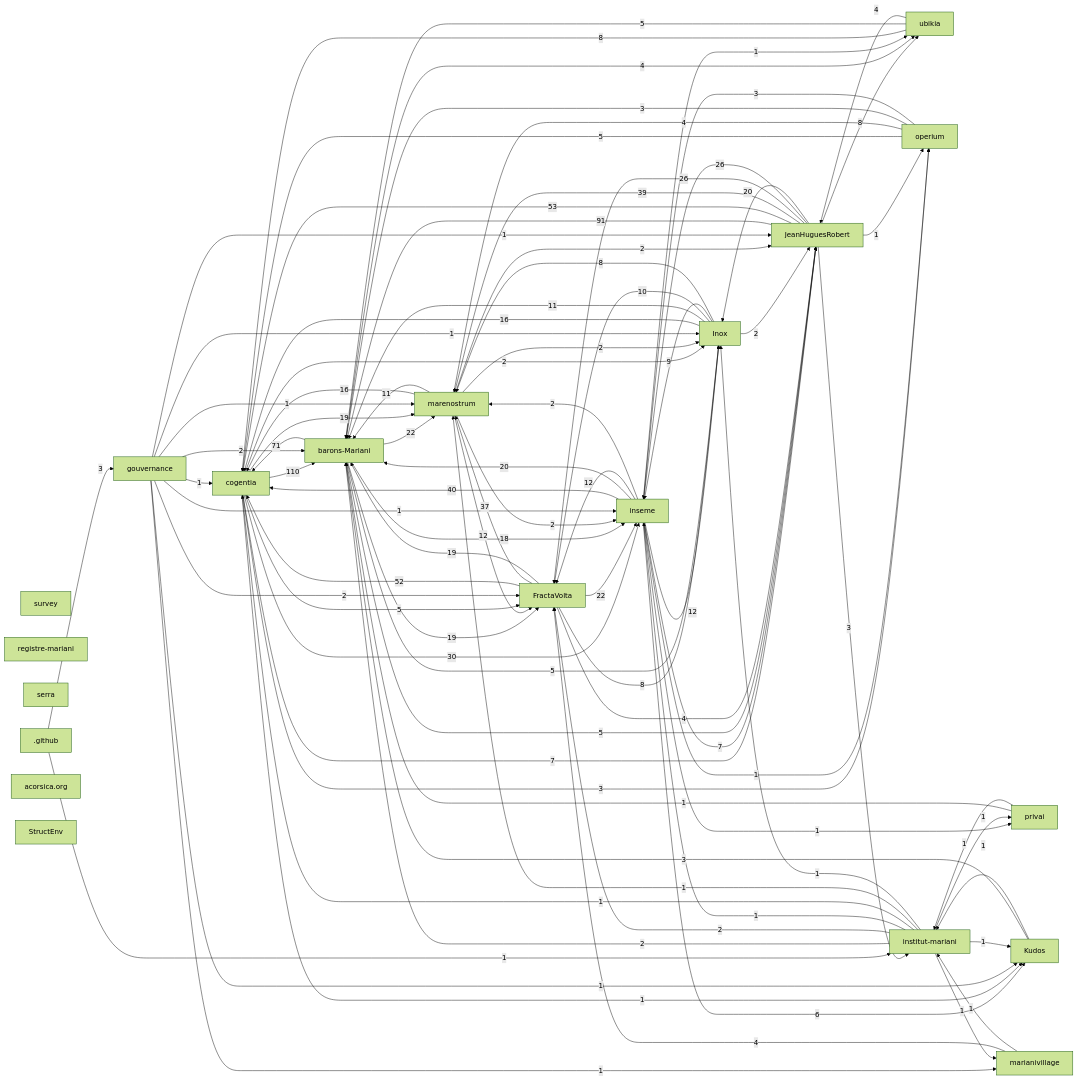
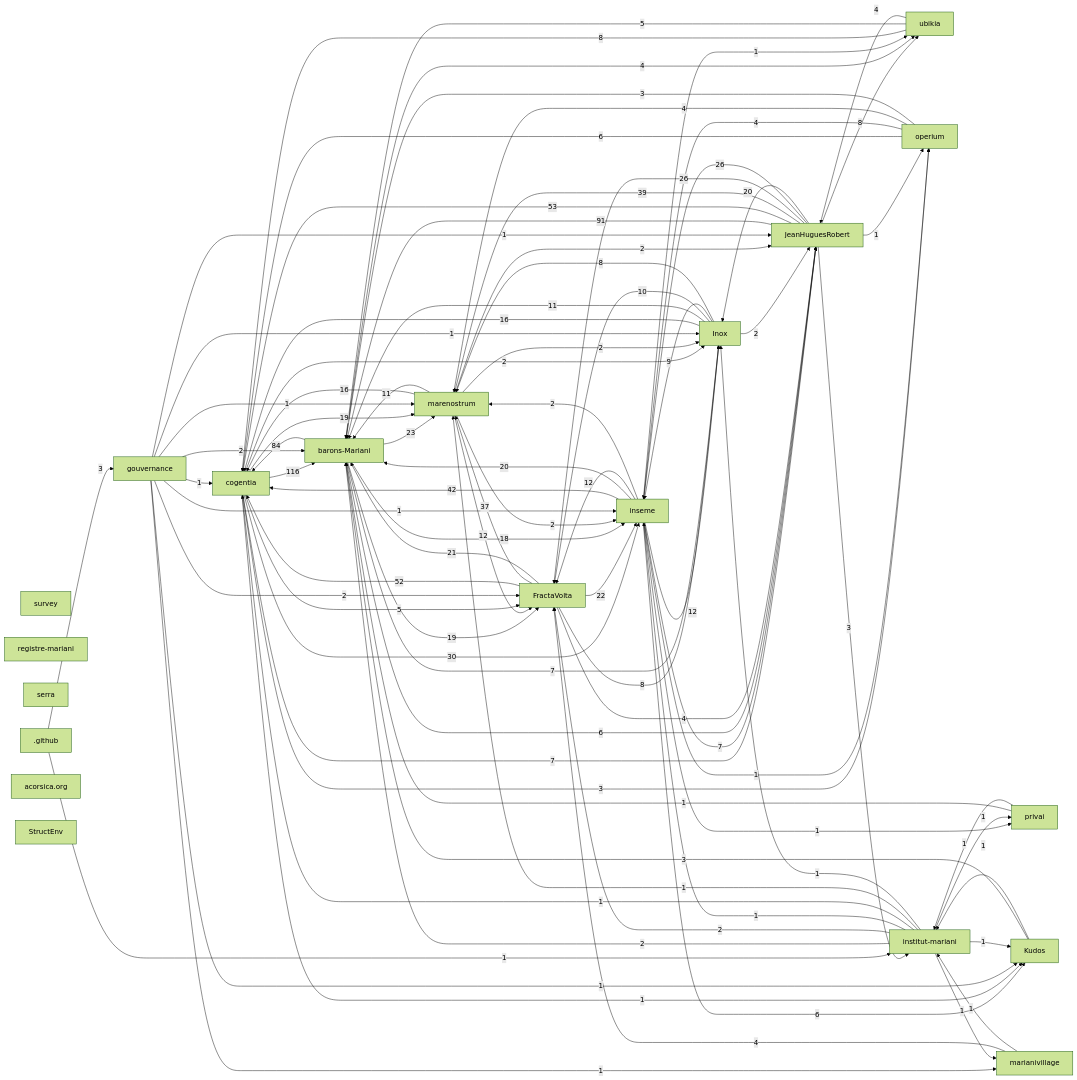
Before and after one commit to JeanHuguesRobert/cogentia: the first of 2 diagrams in research/corpus-status.md, drawn with Mermaid (forest theme). The commit also changed other lines of this file, not shown here.

Commit message:
docs(corpus): refresh generated corpus-status views
Isolated generated-only commit in a mixed worktree (step 1 of JeanHuguesRobert/cogentia#173).
Other dirty/untracked paths left unstaged.

Agent-Assisted: yes
Agent: Grok 4.6 (Grok Build)
Principal: Jean Hugues Robert
Mandate: https://github.com/JeanHuguesRobert/cogentia/issues/173
Human-Reviewed: no
Scope: research/corpus-status.md (plus research/documents.md in JeanHuguesRobert)
Checks: staged paths verified generated-only; other worktree files unstaged
Risk: low
Reversible: yes
Trace: 2026-09-12 mechanical corpus consolidation

```diff
--- a/research/corpus-status.md
+++ b/research/corpus-status.md
@@ -86,24 +86,24 @@
   r_github[".github"]
   r_acorsica_org["acorsica.org"]
   r_structenv["StructEnv"]
-  r_cogentia -->|110| r_barons_mariani
+  r_cogentia -->|116| r_barons_mariani
   r_jeanhuguesrobert -->|91| r_barons_mariani
-  r_barons_mariani -->|71| r_cogentia
+  r_barons_mariani -->|84| r_cogentia
   r_jeanhuguesrobert -->|53| r_cogentia
   r_fractavolta -->|52| r_cogentia
-  r_inseme -->|40| r_cogentia
+  r_inseme -->|42| r_cogentia
   r_jeanhuguesrobert -->|39| r_marenostrum
   r_fractavolta -->|37| r_marenostrum
   r_cogentia -->|30| r_inseme
   r_jeanhuguesrobert -->|26| r_fractavolta
   r_jeanhuguesrobert -->|26| r_inseme
-  r_barons_mariani -->|22| r_marenostrum
+  r_barons_mariani -->|23| r_marenostrum
   r_fractavolta -->|22| r_inseme
+  r_fractavolta -->|21| r_barons_mariani
   r_inseme -->|20| r_barons_mariani
   r_jeanhuguesrobert -->|20| r_inox
   r_barons_mariani -->|19| r_fractavolta
   r_cogentia -->|19| r_marenostrum
-  r_fractavolta -->|19| r_barons_mariani
   r_barons_mariani -->|18| r_inseme
   r_inox -->|16| r_cogentia
   r_marenostrum -->|16| r_cogentia
@@ -118,17 +118,18 @@
   r_inox -->|8| r_marenostrum
   r_jeanhuguesrobert -->|8| r_ubikia
   r_ubikia -->|8| r_cogentia
+  r_barons_mariani -->|7| r_inox
   r_cogentia -->|7| r_jeanhuguesrobert
   r_inseme -->|7| r_jeanhuguesrobert
+  r_barons_mariani -->|6| r_jeanhuguesrobert
   r_inseme -->|6| r_kudos
-  r_barons_mariani -->|5| r_inox
-  r_barons_mariani -->|5| r_jeanhuguesrobert
+  r_operium -->|6| r_cogentia
   r_cogentia -->|5| r_fractavolta
-  r_operium -->|5| r_cogentia
   r_ubikia -->|5| r_barons_mariani
   r_barons_mariani -->|4| r_ubikia
   r_fractavolta -->|4| r_jeanhuguesrobert
   r_marianivillage -->|4| r_fractavolta
+  r_operium -->|4| r_inseme
   r_operium -->|4| r_marenostrum
   r_ubikia -->|4| r_jeanhuguesrobert
   r_github -->|3| r_gouvernance
@@ -136,7 +137,6 @@
   r_jeanhuguesrobert -->|3| r_institut_mariani
   r_kudos -->|3| r_barons_mariani
   r_operium -->|3| r_barons_mariani
-  r_operium -->|3| r_inseme
   r_cogentia -->|2| r_inox
   r_gouvernance -->|2| r_barons_mariani
   r_gouvernance -->|2| r_fractavolta
```
